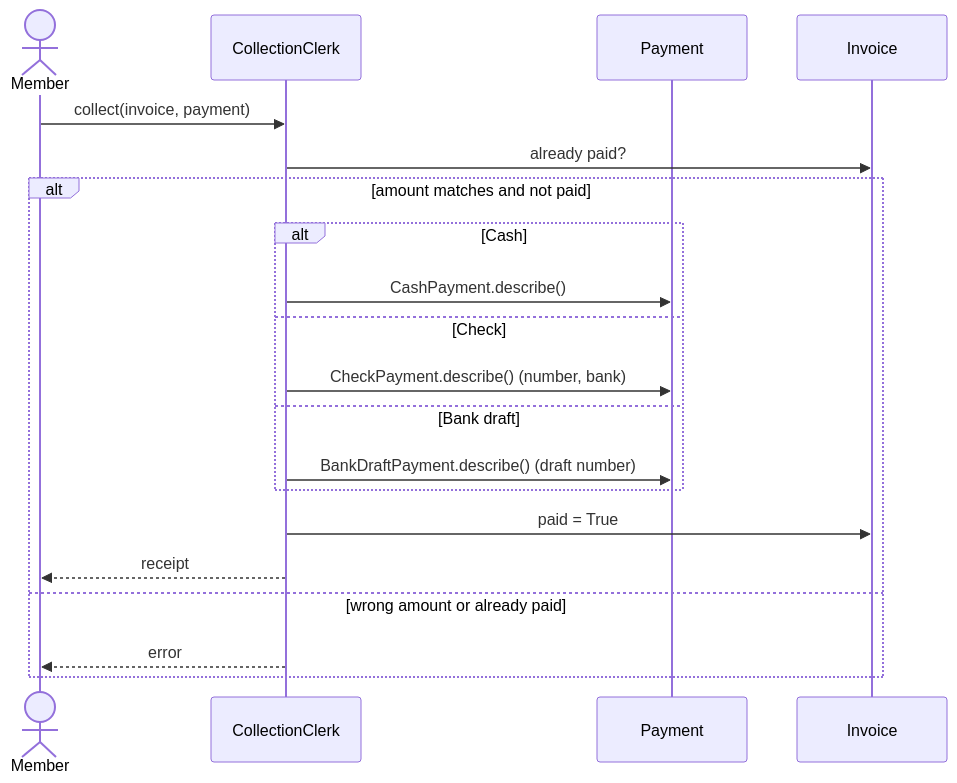
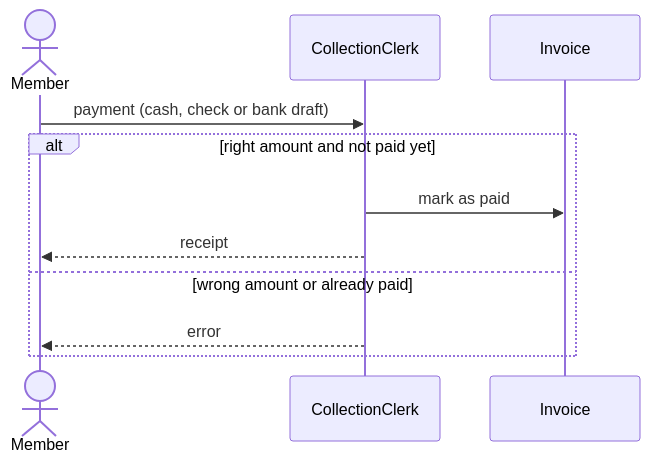
One commit to mathislepoutre1/oop-python-exercises changed the seventh of 8 diagrams in 04-uml/abcd_records/README.md. Above: the diagram before and after it, drawn with Mermaid. The commit also changed other lines of this file and 8 other files, not shown here.

````diff
--- a/04-uml/abcd_records/README.md
+++ b/04-uml/abcd_records/README.md
@@ -272,22 +226,13 @@
 ```mermaid
 sequenceDiagram
     actor M as Member
     participant CC as CollectionClerk
-    participant P as Payment
     participant INV as Invoice
-    M->>CC: collect(invoice, payment)
-    CC->>INV: already paid?
-    alt amount matches and not paid
-        alt Cash
-            CC->>P: CashPayment.describe()
-        else Check
-            CC->>P: CheckPayment.describe() (number, bank)
-        else Bank draft
-            CC->>P: BankDraftPayment.describe() (draft number)
-        end
-        CC->>INV: paid = True
+    M->>CC: payment (cash, check or bank draft)
+    alt right amount and not paid yet
+        CC->>INV: mark as paid
         CC-->>M: receipt
     else wrong amount or already paid
         CC-->>M: error
     end
 ```
````
